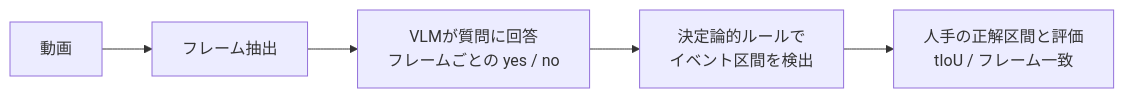
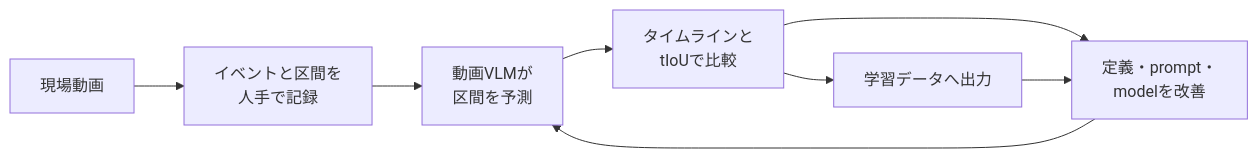
One commit to shure-dev/small-vlm-sop-check changed the diagram in README.md. Above: the diagram before and after it, drawn with Mermaid. The commit also changed other lines of this file and 23 other files, not shown here.

````diff
--- a/README.md
+++ b/README.md
@@ -72,7 +60,10 @@
 ```mermaid
 flowchart LR
-    A[動画] --> B[フレーム抽出]
-    B --> C[VLMが質問に回答<br/>フレームごとの yes / no]
-    C --> D[決定論的ルールで<br/>イベント区間を検出]
-    D --> E[人手の正解区間と評価<br/>tIoU / フレーム一致]
+    A[現場動画] --> B[イベントと区間を<br/>人手で記録]
+    B --> C[動画VLMが<br/>区間を予測]
+    C --> D[タイムラインと<br/>tIoUで比較]
+    D --> E[定義・prompt・<br/>modelを改善]
+    E --> C
+    D --> F[学習データへ出力]
+    F --> E
 ```
````
